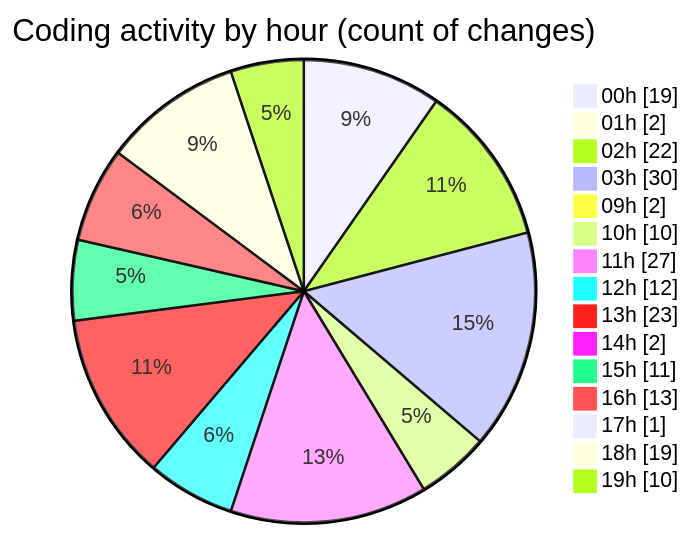
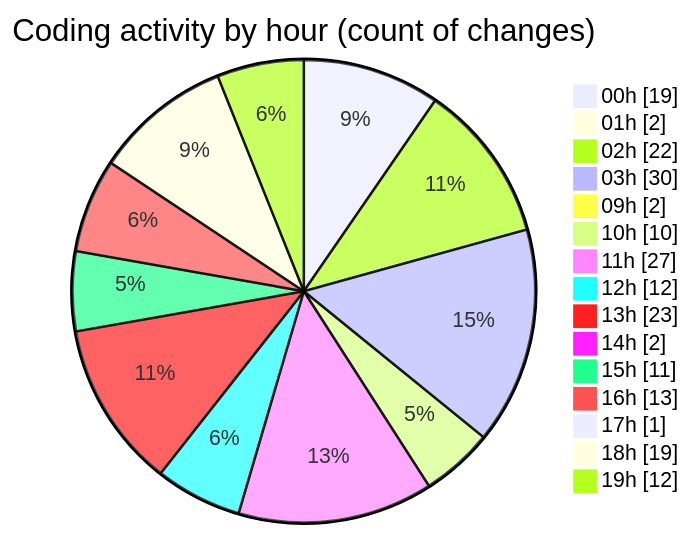
The second of 2 diagrams in 2025-10-21/eventscop-frontend-guide__workspace_/README.md (julien-gomy/code-tracking), drawn with Mermaid before and after one commit. The commit also changed other lines of this file and 1 other file, not shown here.

````diff
--- a/2025-10-21/eventscop-frontend-guide__workspace_/README.md
+++ b/2025-10-21/eventscop-frontend-guide__workspace_/README.md
@@ -63,19 +63,19 @@
 ```mermaid
 pie showData
 title Coding activity by hour (count of changes)
 "00h" : 19
 "01h" : 2
 "02h" : 22
 "03h" : 30
 "09h" : 2
 "10h" : 10
 "11h" : 27
 "12h" : 12
 "13h" : 23
 "14h" : 2
 "15h" : 11
 "16h" : 13
 "17h" : 1
 "18h" : 19
-"19h" : 10
+"19h" : 12
 ```
````
